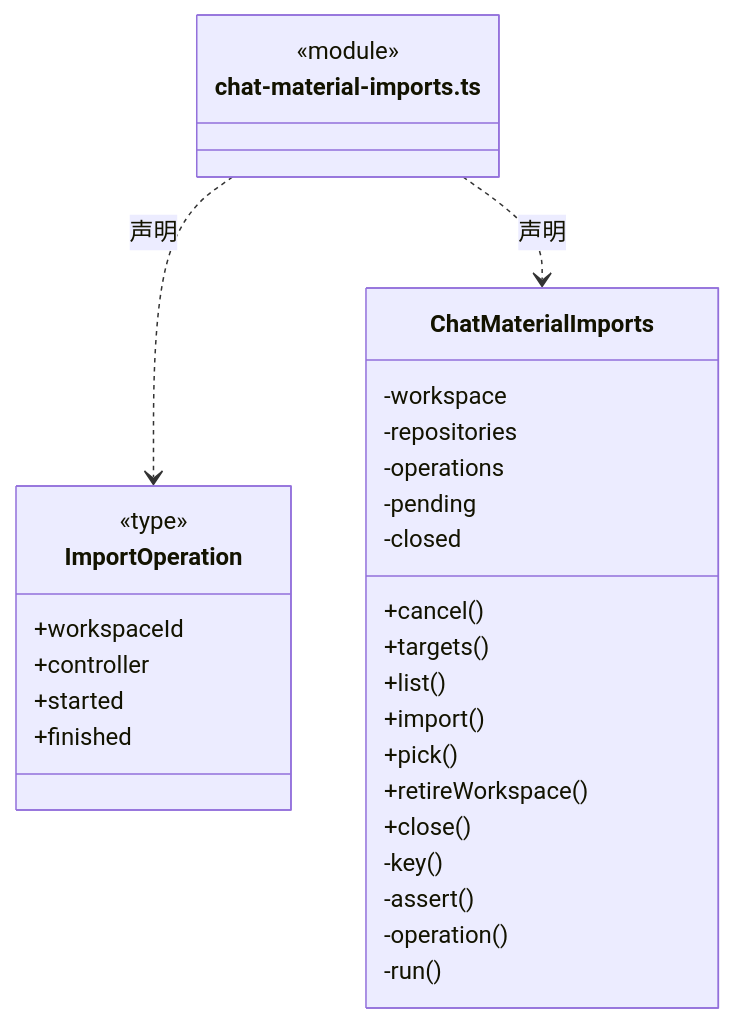
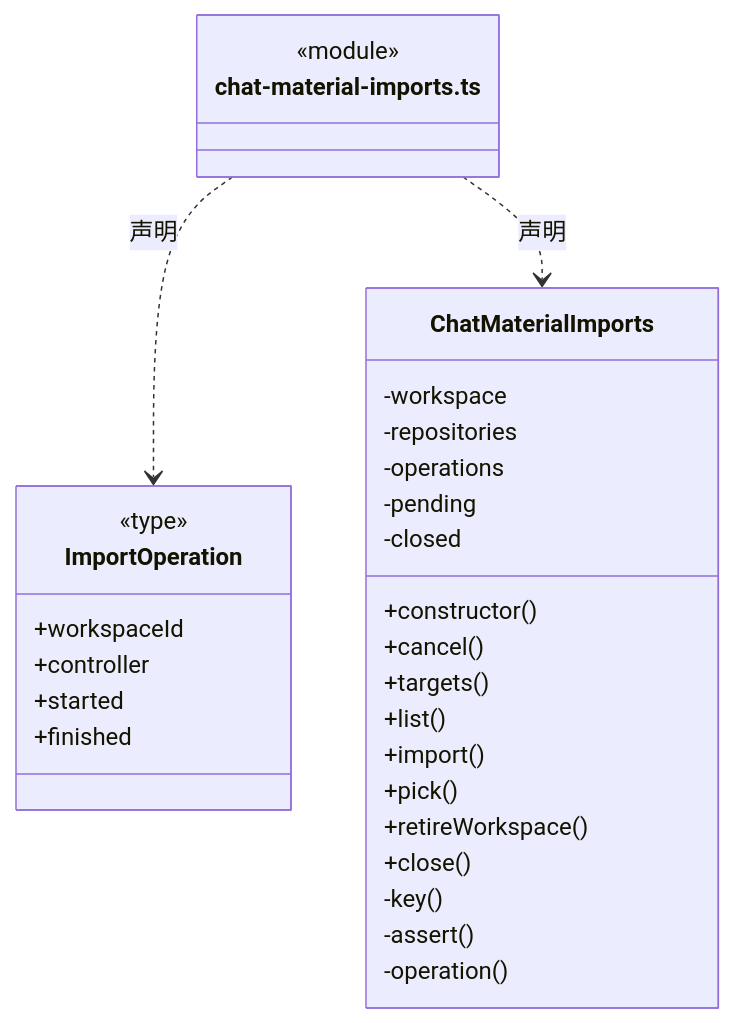
One commit to nan023062/cbim changed the second of 5 diagrams in src/logic/materials/service/ARCHITECTURE.md. Above: the diagram before and after it, drawn with Mermaid. The commit also changed other lines of this file and 139 other files, not shown here.

Commit message:
docs(architecture): add source reading paths and complete file inventories

````diff
--- a/src/logic/materials/service/ARCHITECTURE.md
+++ b/src/logic/materials/service/ARCHITECTURE.md
@@ -59,33 +64,33 @@
 ```mermaid
 classDiagram
 class N_src_logic_materials_service_chat_material_imports_ts["chat-material-imports.ts"] {
   <<module>>
 }
 class N_src_logic_materials_service_chat_material_imports_ts_ImportOperation["ImportOperation"] {
   <<type>>
   +workspaceId
   +controller
   +started
   +finished
 }
 N_src_logic_materials_service_chat_material_imports_ts ..> N_src_logic_materials_service_chat_material_imports_ts_ImportOperation : 声明
 class N_src_logic_materials_service_chat_material_imports_ts_ChatMaterialImports["ChatMaterialImports"] {
+  +constructor()
   +cancel()
   +targets()
   +list()
   +import()
   +pick()
   +retireWorkspace()
   +close()
   -workspace
   -repositories
   -operations
   -pending
   -closed
   -key()
   -assert()
   -operation()
-  -run()
 }
 N_src_logic_materials_service_chat_material_imports_ts ..> N_src_logic_materials_service_chat_material_imports_ts_ChatMaterialImports : 声明
 ```
````
